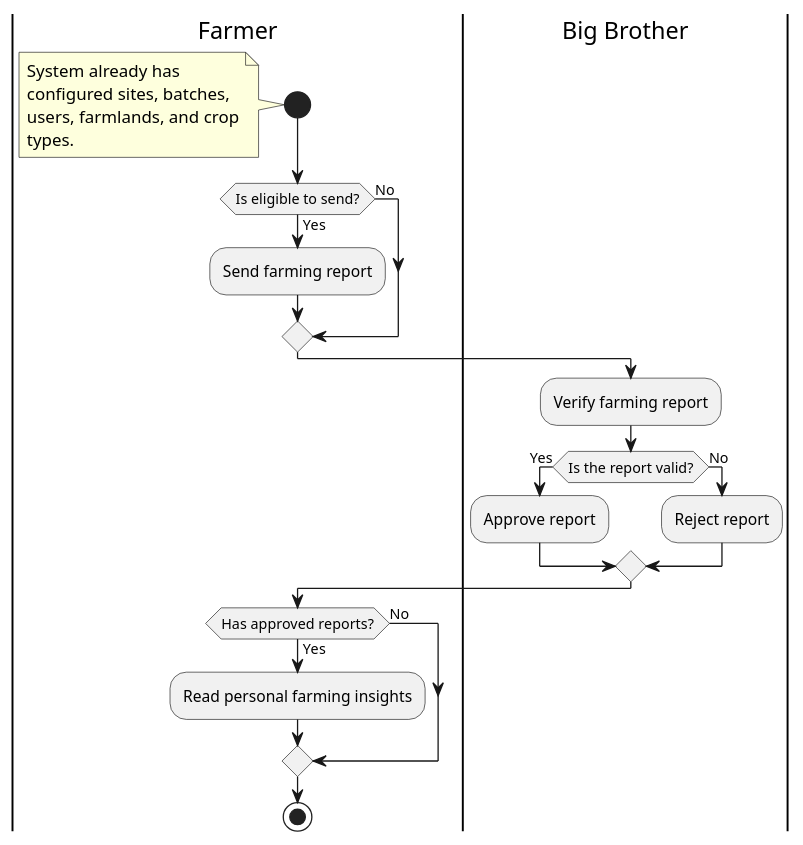
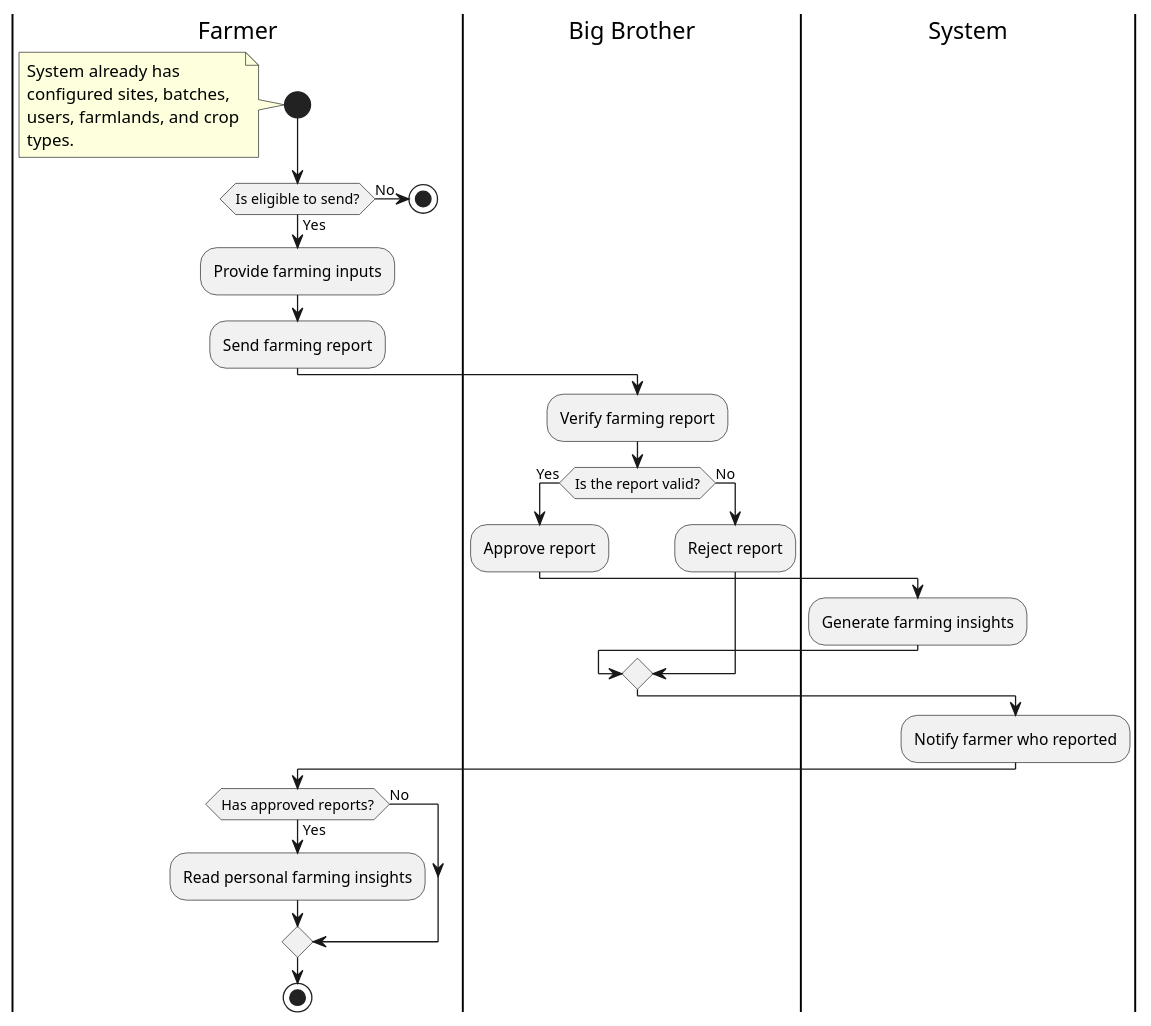
The diagram in plantuml/proposed/activity/overview-report.wsd (radical-doubting/anikultura-diagrams), drawn with PlantUML before and after one commit. The commit also changed 6 other files, not shown here.

Commit message:
Updated usecase and activity diagrams

```diff
--- a/plantuml/proposed/activity/overview-report.wsd
+++ b/plantuml/proposed/activity/overview-report.wsd
@@ -1,37 +1,45 @@
 @startuml
 
 |Farmer|
 
 start
 note left
     System already has
     configured sites, batches,
     users, farmlands, and crop
     types.
 endnote
 
 |Farmer|
 if (Is eligible to send?) then (Yes)
+    :Provide farming inputs;
     :Send farming report;
+
+    |Big Brother|
+    :Verify farming report;
+
+    if (Is the report valid?) then (Yes)
+        :Approve report;
+        |System|
+        :Generate farming insights;
+    else (No)
+        |Big Brother|
+        :Reject report;
+    endif
+    |System|
+    :Notify farmer who reported;
 else (No)
-endif
-
-|Big Brother|
-:Verify farming report;
-
-if (Is the report valid?) then (Yes)
-    :Approve report;
-else (No)
-    :Reject report;
+    |Farmer|
+    stop
 endif
 
 |Farmer|
 if (Has approved reports?) then (Yes)
     |Farmer|
     :Read personal farming insights;
 else (No)
 endif
 
 stop
 
 @enduml
```
